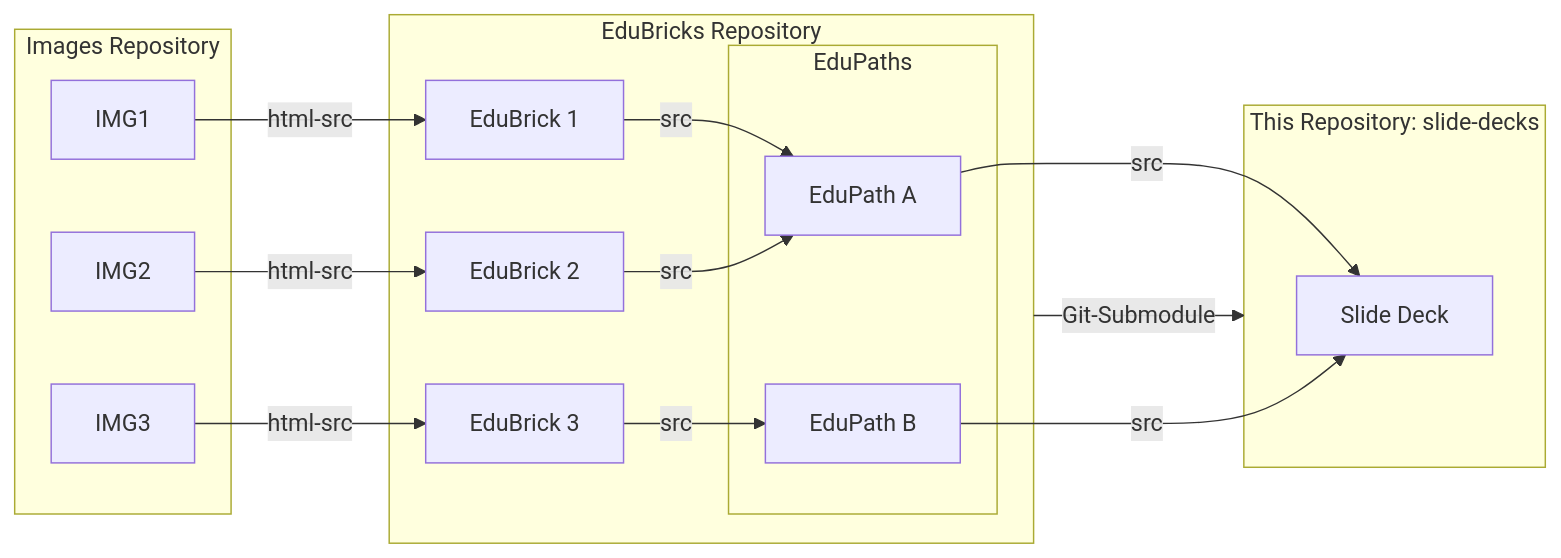
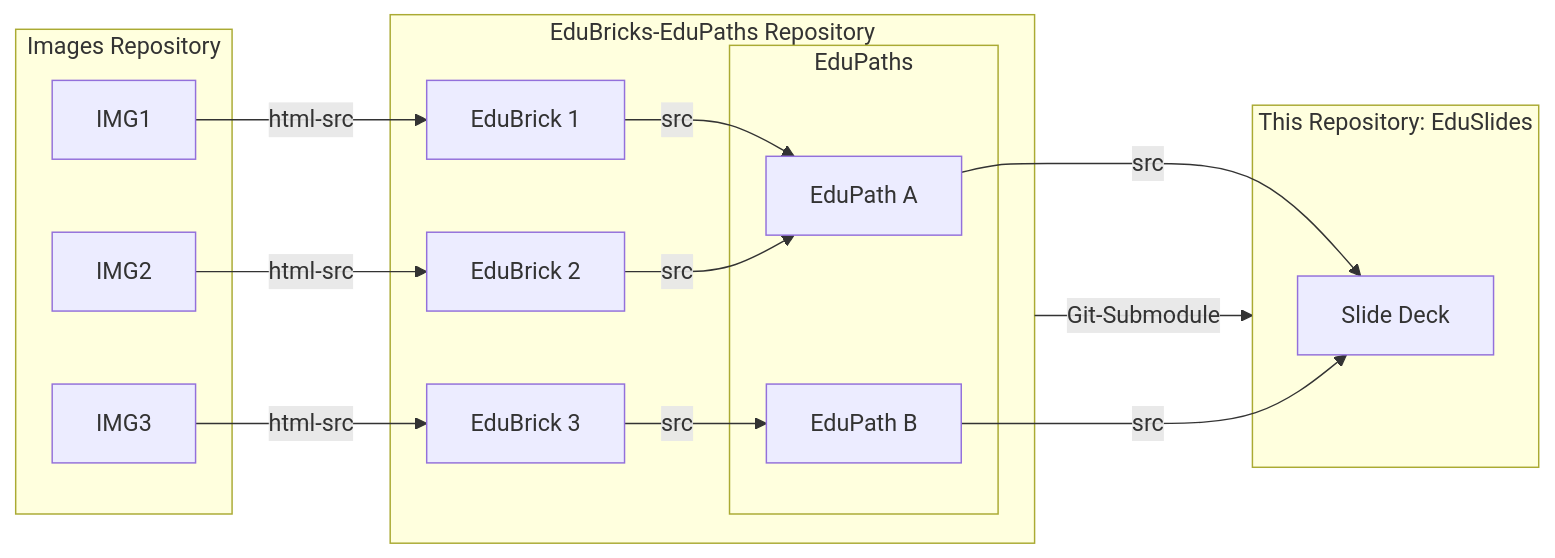
The diagram in README.md (EduBricksHub/EduSlides), drawn with Mermaid before and after one commit. The commit also changed 1 other file, not shown here.

Commit message:
adapt notes

````diff
--- a/README.md
+++ b/README.md
@@ -19,38 +19,38 @@
 ```mermaid
 graph LR
 
   subgraph IMG[Images Repository]
     IMG1
     IMG2
     IMG3
   end
 
-  subgraph EB[EduBricks Repository]
+  subgraph EB[EduBricks-EduPaths Repository]
     EB1[EduBrick 1]
     EB2[EduBrick 2]
     EB3[EduBrick 3]
     
     subgraph EduPaths
       EP1[EduPath A]
       EP2[EduPath B]
     end
 
   end
 
 
-  subgraph this[This Repository: slide-decks]
+  subgraph this[This Repository: EduSlides]
     SD[Slide Deck]
   end
 
   IMG1 --html-src--> EB1
   IMG2 --html-src--> EB2
   IMG3 --html-src--> EB3
   EB --Git-Submodule--> this
 
   EB1 --src--> EP1
   EB2 --src--> EP1
   EB3 --src--> EP2
   EP1 --src--> SD
   EP2 --src--> SD
 
 ```
````
